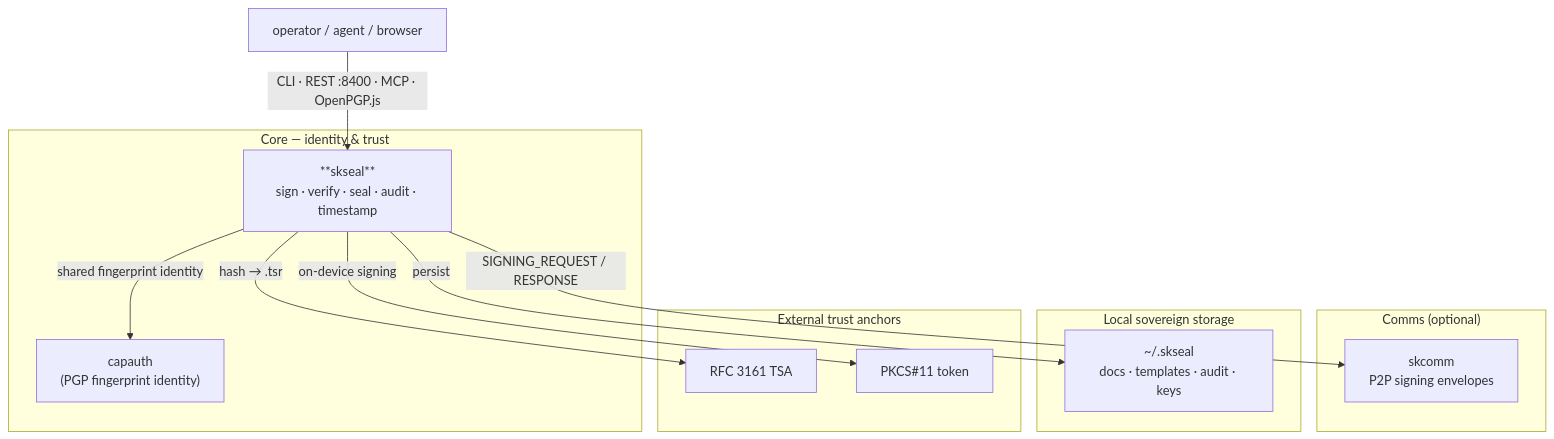
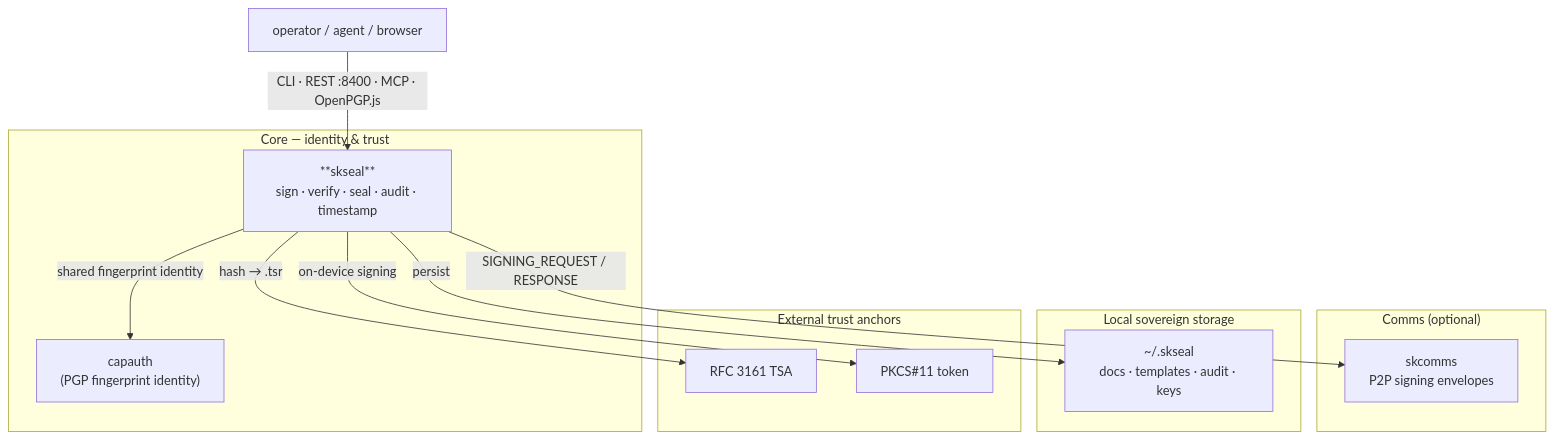
Before and after one commit to smilinTux/skseal: the sixth of 6 diagrams in docs/ARCHITECTURE.md, drawn with Mermaid. The commit also changed other lines of this file and 6 other files, not shown here.

Commit message:
refactor: skcomm→skcomms references

````diff
--- a/docs/ARCHITECTURE.md
+++ b/docs/ARCHITECTURE.md
@@ -242,28 +242,28 @@
 ```mermaid
 flowchart TD
     OP["operator / agent / browser"] -->|"CLI · REST :8400 · MCP · OpenPGP.js"| SKSEAL
 
     subgraph CORE["Core — identity & trust"]
       SKSEAL["**skseal**<br/>sign · verify · seal · audit · timestamp"]
       CAPAUTH["capauth<br/>(PGP fingerprint identity)"]
     end
 
     subgraph COMMS["Comms (optional)"]
-      SKCOMM["skcomm<br/>P2P signing envelopes"]
+      SKCOMMS["skcomms<br/>P2P signing envelopes"]
     end
 
     subgraph STORE_T["Local sovereign storage"]
       FS["~/.skseal<br/>docs · templates · audit · keys"]
     end
 
     subgraph ANCHORS["External trust anchors"]
       TSA["RFC 3161 TSA"]
       HW["PKCS#11 token"]
     end
 
     SKSEAL -->|"shared fingerprint identity"| CAPAUTH
-    SKSEAL -->|"SIGNING_REQUEST / RESPONSE"| SKCOMM
+    SKSEAL -->|"SIGNING_REQUEST / RESPONSE"| SKCOMMS
     SKSEAL -->|"persist"| FS
     SKSEAL -->|"hash → .tsr"| TSA
     SKSEAL -->|"on-device signing"| HW
 ```
````
